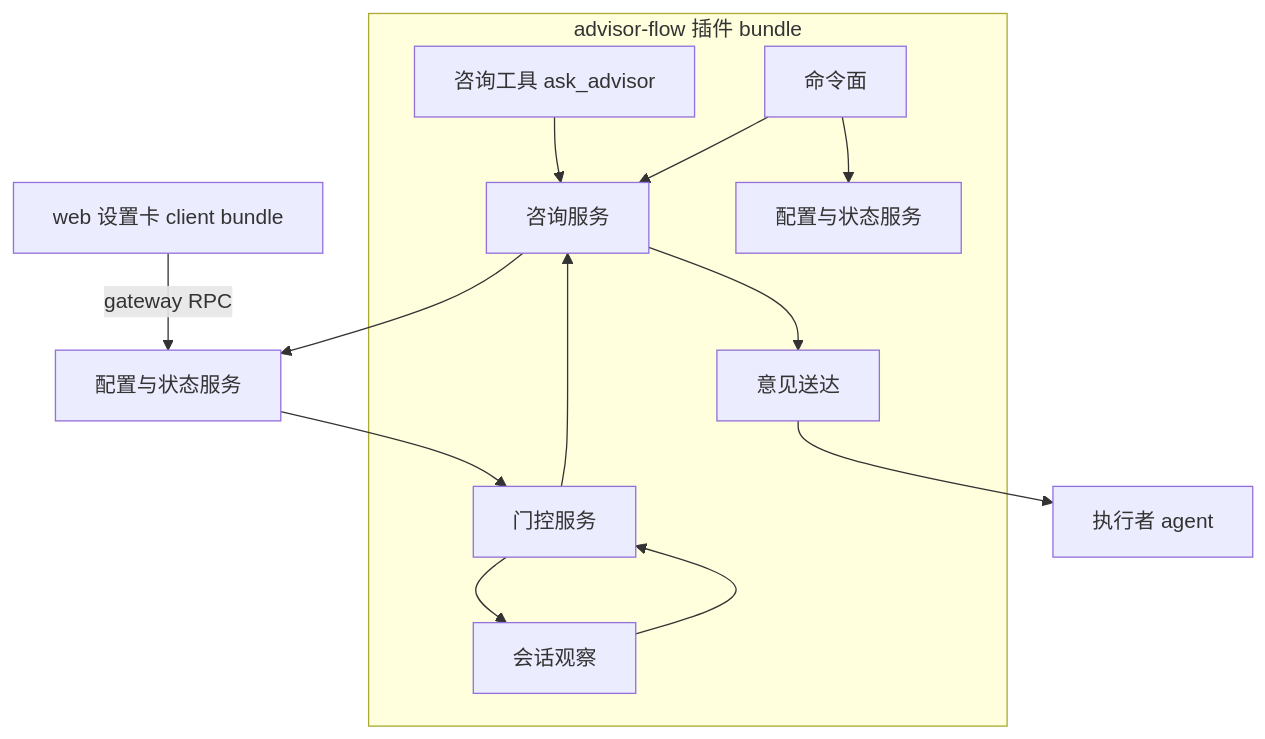
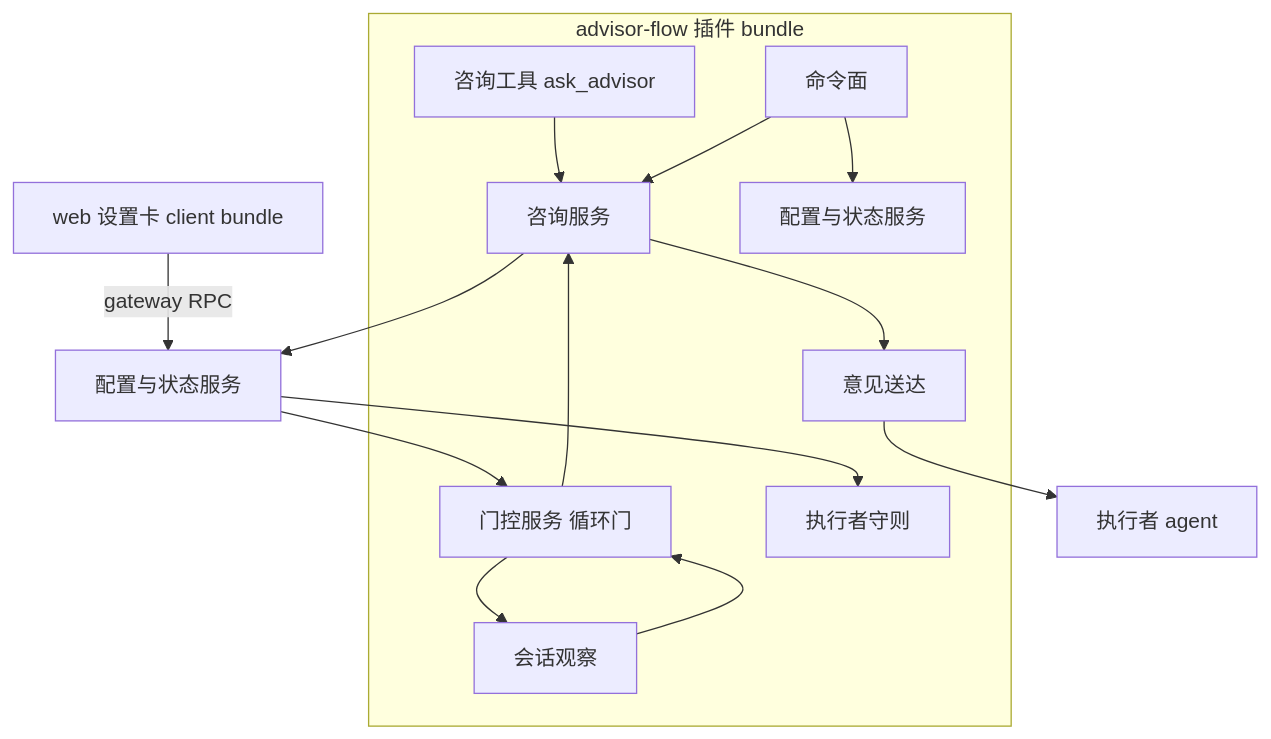
The second of 9 diagrams in SOLUTION.md (ccll/dsh-advisor-flow), drawn with Mermaid before and after one commit. The commit also changed other lines of this file and 6 other files, not shown here.

````diff
--- a/SOLUTION.md
+++ b/SOLUTION.md
@@ -71,24 +72,26 @@
 ```mermaid
 flowchart TB
     subgraph bundle[advisor-flow 插件 bundle]
         tool[咨询工具 ask_advisor]
         commands[命令面]
-        gates[门控服务]
+        loopgate[门控服务 循环门]
+        guidelines[执行者守则]
         consult[咨询服务]
         observer[会话观察]
         delivery[意见送达]
         configsvc[配置与状态服务]
     end
     card[web 设置卡 client bundle]
     tool --> consult
     commands --> consult
     commands --> configsvc[配置与状态服务]
-    gates --> consult
-    gates --> observer
-    observer --> gates
+    loopgate --> consult
+    loopgate --> observer
+    observer --> loopgate
     consult --> config
-    config[配置与状态服务] --> gates
+    config[配置与状态服务] --> loopgate
+    config --> guidelines
     card -->|gateway RPC| config
     consult --> delivery[意见送达]
     delivery --> agent[执行者 agent]
 ```
````
